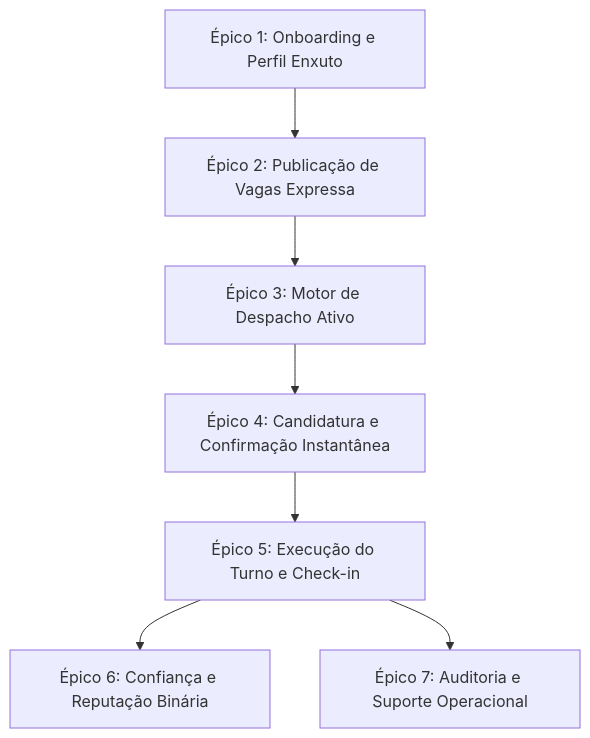
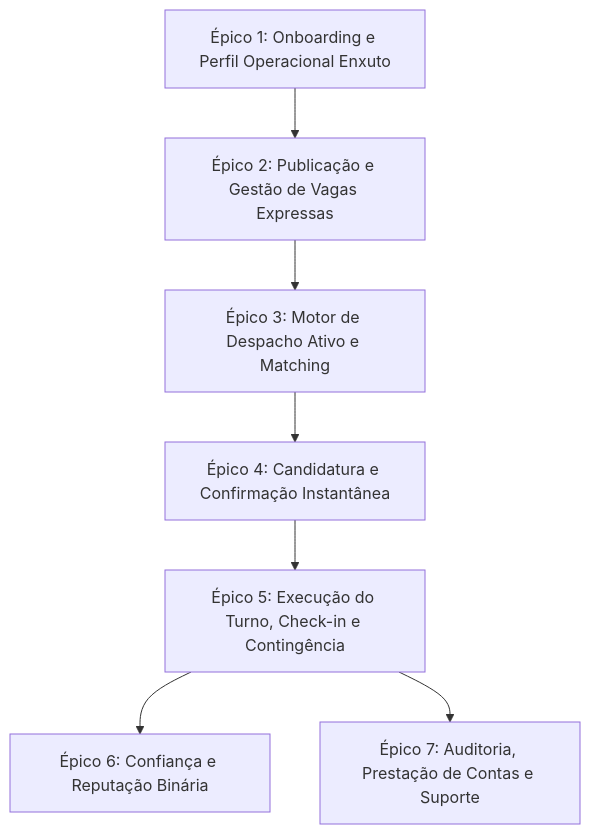
One commit to FrilaApp/Bancada changed the diagram in doc-harness/01 - CBL/Desafios/C18/Documentos de Produto/Frila_Historias_de_Usuario_e_Backlog.md. Above: the diagram before and after it, drawn with Mermaid. The commit also changed other lines of this file and 2 other files, not shown here.

````diff
--- a/doc-harness/01 - CBL/Desafios/C18/Documentos de Produto/Frila_Historias_de_Usuario_e_Backlog.md
+++ b/doc-harness/01 - CBL/Desafios/C18/Documentos de Produto/Frila_Historias_de_Usuario_e_Backlog.md
@@ -54,9 +84,16 @@
 ```mermaid
 graph TD
-    EP1[Épico 1: Onboarding e Perfil Enxuto] --> EP2[Épico 2: Publicação de Vagas Expressa]
-    EP2 --> EP3[Épico 3: Motor de Despacho Ativo]
-    EP3 --> EP4[Épico 4: Candidatura e Confirmação Instantânea]
-    EP4 --> EP5[Épico 5: Execução do Turno e Check-in]
-    EP5 --> EP6[Épico 6: Confiança e Reputação Binária]
-    EP5 --> EP7[Épico 7: Auditoria e Suporte Operacional]
+    EP1["Épico 1: Onboarding e Perfil Operacional Enxuto"]
+    EP2["Épico 2: Publicação e Gestão de Vagas Expressas"]
+    EP3["Épico 3: Motor de Despacho Ativo e Matching"]
+    EP4["Épico 4: Candidatura e Confirmação Instantânea"]
+    EP5["Épico 5: Execução do Turno, Check-in e Contingência"]
+    EP6["Épico 6: Confiança e Reputação Binária"]
+    EP7["Épico 7: Auditoria, Prestação de Contas e Suporte"]
+    EP1 --> EP2
+    EP2 --> EP3
+    EP3 --> EP4
+    EP4 --> EP5
+    EP5 --> EP6
+    EP5 --> EP7
 ```
````
